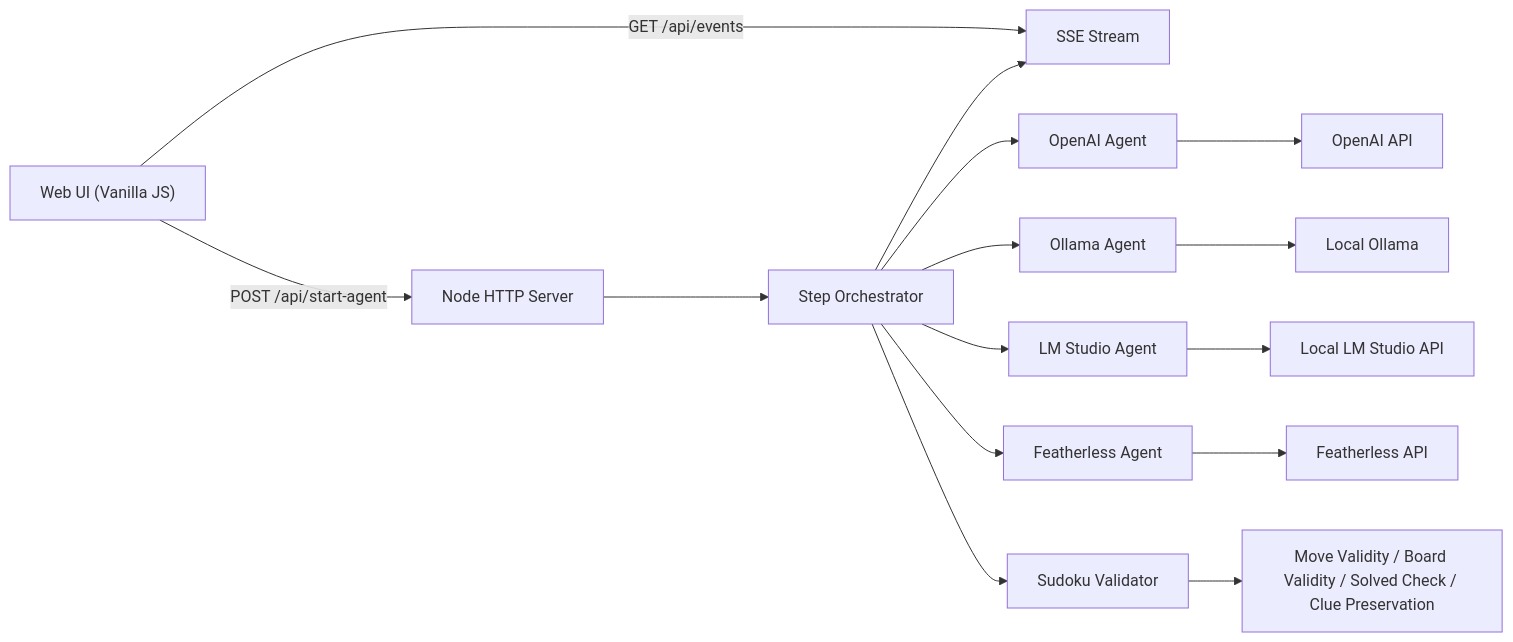
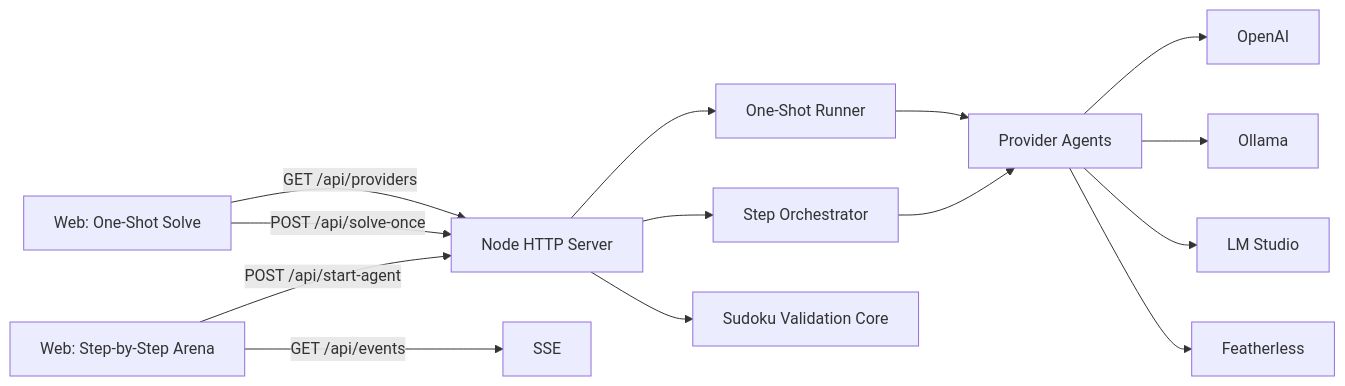
The diagram in README.md (harishkotra/agentoku), drawn with Mermaid before and after one commit. The commit also changed other lines of this file and 8 other files, not shown here.

````diff
--- a/README.md
+++ b/README.md
@@ -37,20 +49,21 @@
 ```mermaid
 flowchart LR
-    UI["Web UI (Vanilla JS)"] -->|POST /api/start-agent| API["Node HTTP Server"]
-    UI -->|GET /api/events| SSE["SSE Stream"]
+    UI1["Web: Step-by-Step Arena"] -->|POST /api/start-agent| API["Node HTTP Server"]
+    UI1 -->|GET /api/events| SSE["SSE"]
+
+    UI2["Web: One-Shot Solve"] -->|POST /api/solve-once| API
+    UI2 -->|GET /api/providers| API
+
     API --> ORCH["Step Orchestrator"]
+    API --> ONESHOT["One-Shot Runner"]
 
-    ORCH --> OA["OpenAI Agent"]
-    ORCH --> OL["Ollama Agent"]
-    ORCH --> LM["LM Studio Agent"]
-    ORCH --> FE["Featherless Agent"]
+    ORCH --> AGENTS["Provider Agents"]
+    ONESHOT --> AGENTS
 
-    OA --> OAAPI["OpenAI API"]
-    OL --> OLLAMA["Local Ollama"]
-    LM --> LMAPI["Local LM Studio API"]
-    FE --> FEAPI["Featherless API"]
+    AGENTS --> OA["OpenAI"]
+    AGENTS --> OL["Ollama"]
+    AGENTS --> LM["LM Studio"]
+    AGENTS --> FE["Featherless"]
 
-    ORCH --> VAL["Sudoku Validator"]
-    VAL --> RULES["Move Validity / Board Validity / Solved Check / Clue Preservation"]
-    ORCH --> SSE
+    API --> VAL["Sudoku Validation Core"]
 ```
````
